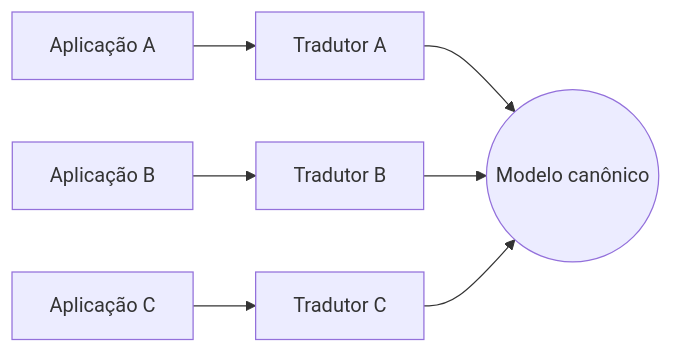
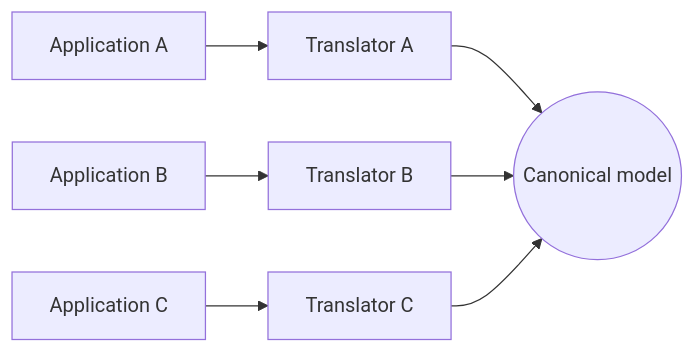
The diagram in docs/architecture/eip/message-transformation/canonical-data-model.md (alancesar/design-patterns), drawn with Mermaid before and after one commit. The commit also changed 258 other files, not shown here.

First line of the commit message:
Translate Mermaid diagrams to English

````diff
--- a/docs/architecture/eip/message-transformation/canonical-data-model.md
+++ b/docs/architecture/eip/message-transformation/canonical-data-model.md
@@ -55,9 +55,9 @@
 ```mermaid
 flowchart LR
-    A["Aplicação A"] --> TA["Tradutor A"]
-    B["Aplicação B"] --> TB["Tradutor B"]
-    C["Aplicação C"] --> TC["Tradutor C"]
-    TA --> M(("Modelo canônico"))
+    A["Application A"] --> TA["Translator A"]
+    B["Application B"] --> TB["Translator B"]
+    C["Application C"] --> TC["Translator C"]
+    TA --> M(("Canonical model"))
     TB --> M
     TC --> M
 ```
````
